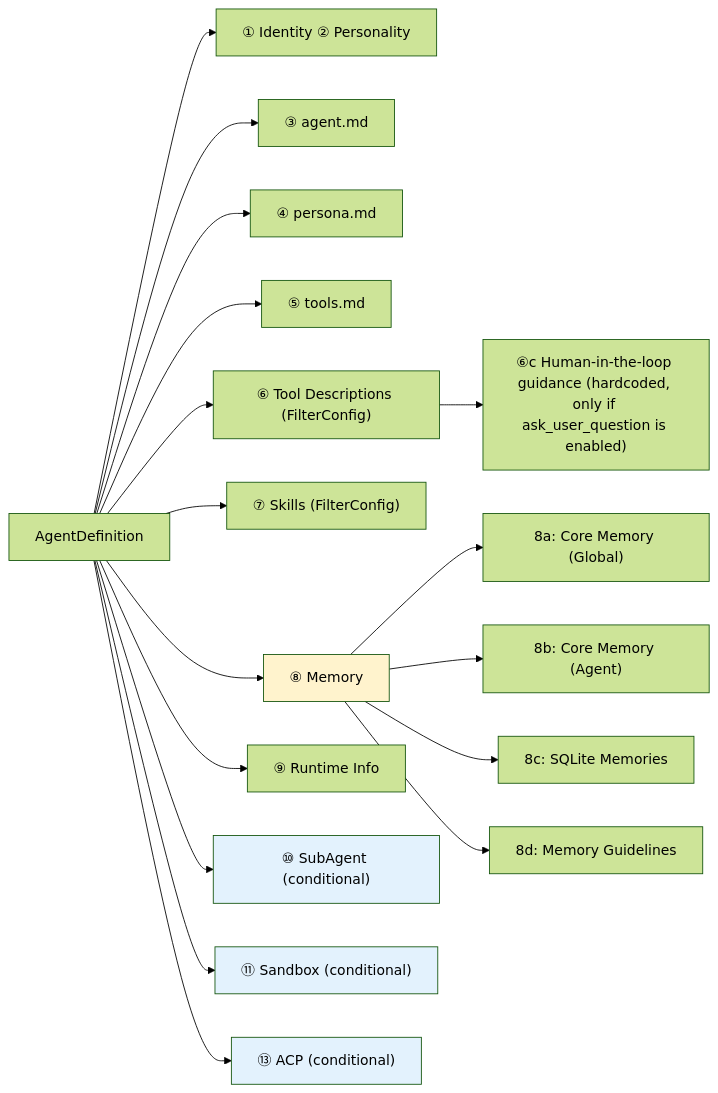
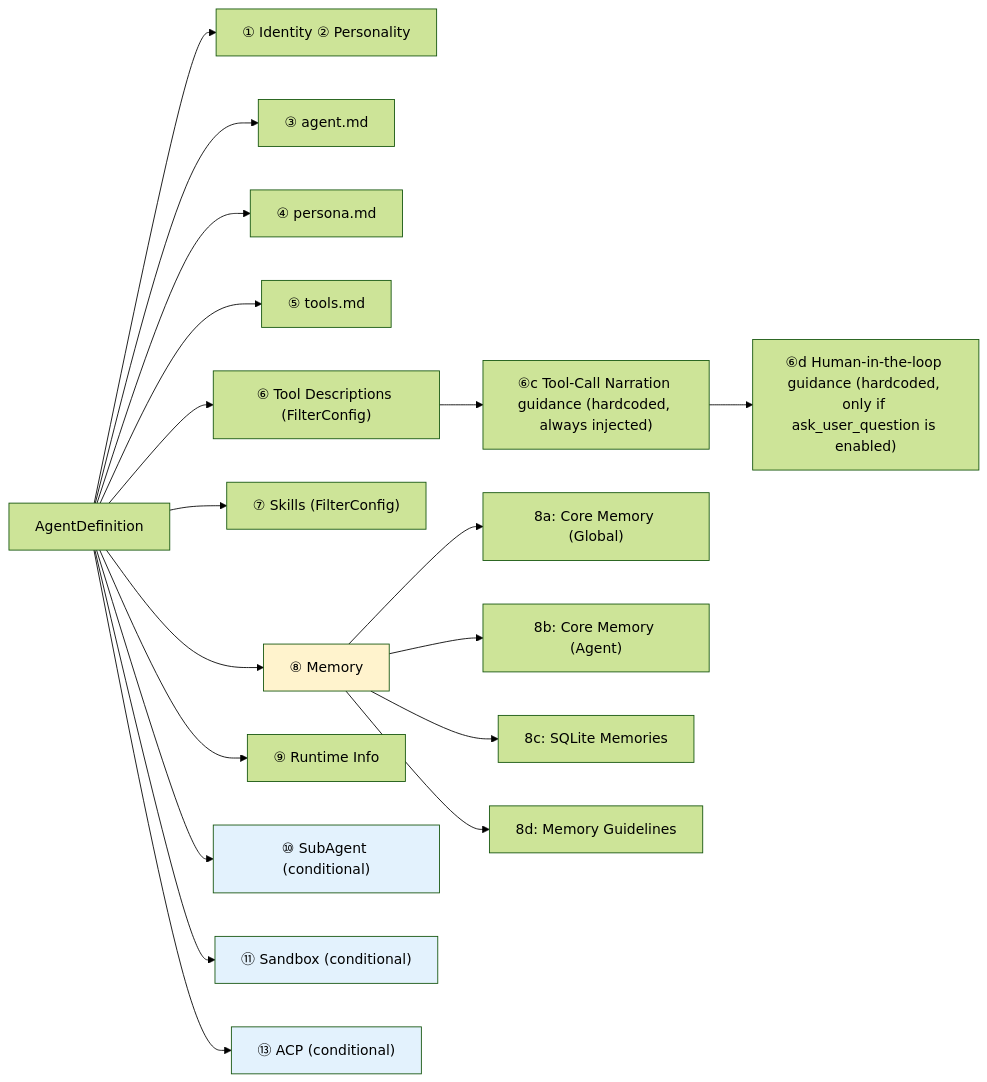
One commit to shiwenwen/hope-agent changed the third of 4 diagrams in docs/architecture/prompt-system.md. Above: the diagram before and after it, drawn with Mermaid (forest theme). The commit also changed other lines of this file and 3 other files, not shown here.

````diff
--- a/docs/architecture/prompt-system.md
+++ b/docs/architecture/prompt-system.md
@@ -94,24 +95,25 @@
 ```mermaid
 graph LR
     AD["AgentDefinition"] --> S1["① Identity ② Personality"]
     AD --> S3["③ agent.md"]
     AD --> S4["④ persona.md"]
     AD --> S5["⑤ tools.md"]
     AD --> S6["⑥ Tool Descriptions (FilterConfig)"]
-    S6 --> S6c["⑥c Human-in-the-loop guidance (hardcoded, only if ask_user_question is enabled)"]
+    S6 --> S6b["⑥c Tool-Call Narration guidance (hardcoded, always injected)"]
+    S6b --> S6c["⑥d Human-in-the-loop guidance (hardcoded, only if ask_user_question is enabled)"]
     AD --> S7["⑦ Skills (FilterConfig)"]
     AD --> S8["⑧ Memory"]
     S8 --> S8a["8a: Core Memory (Global)"]
     S8 --> S8b["8b: Core Memory (Agent)"]
     S8 --> S8c["8c: SQLite Memories"]
     S8 --> S8d["8d: Memory Guidelines"]
     AD --> S9["⑨ Runtime Info"]
     AD --> S10["⑩ SubAgent (conditional)"]
     AD --> S11["⑪ Sandbox (conditional)"]
     AD --> S13["⑬ ACP (conditional)"]
 
     style S8 fill:#fff3cd
     style S10 fill:#e3f2fd
     style S11 fill:#e3f2fd
     style S13 fill:#e3f2fd
 ```
````
